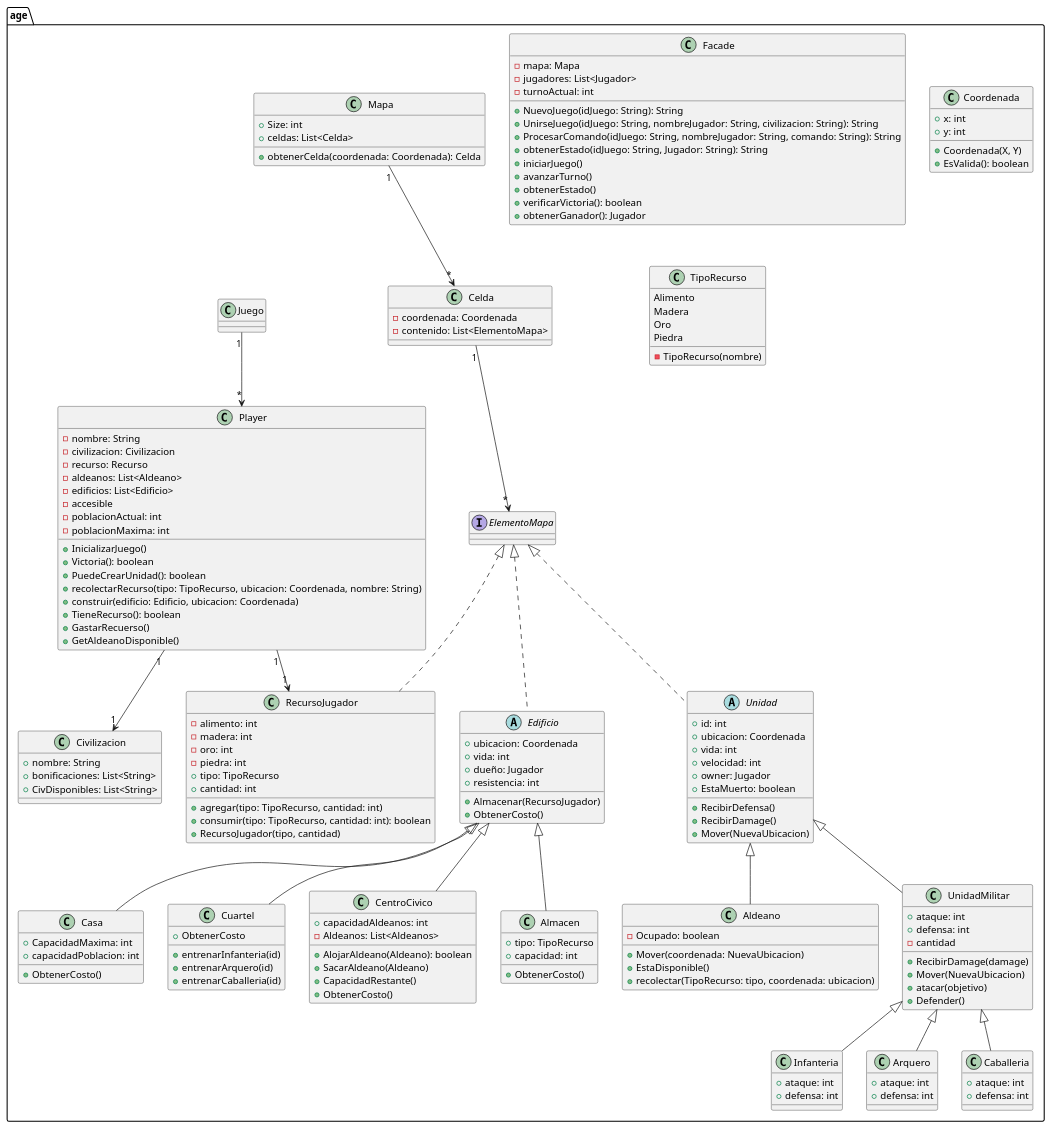
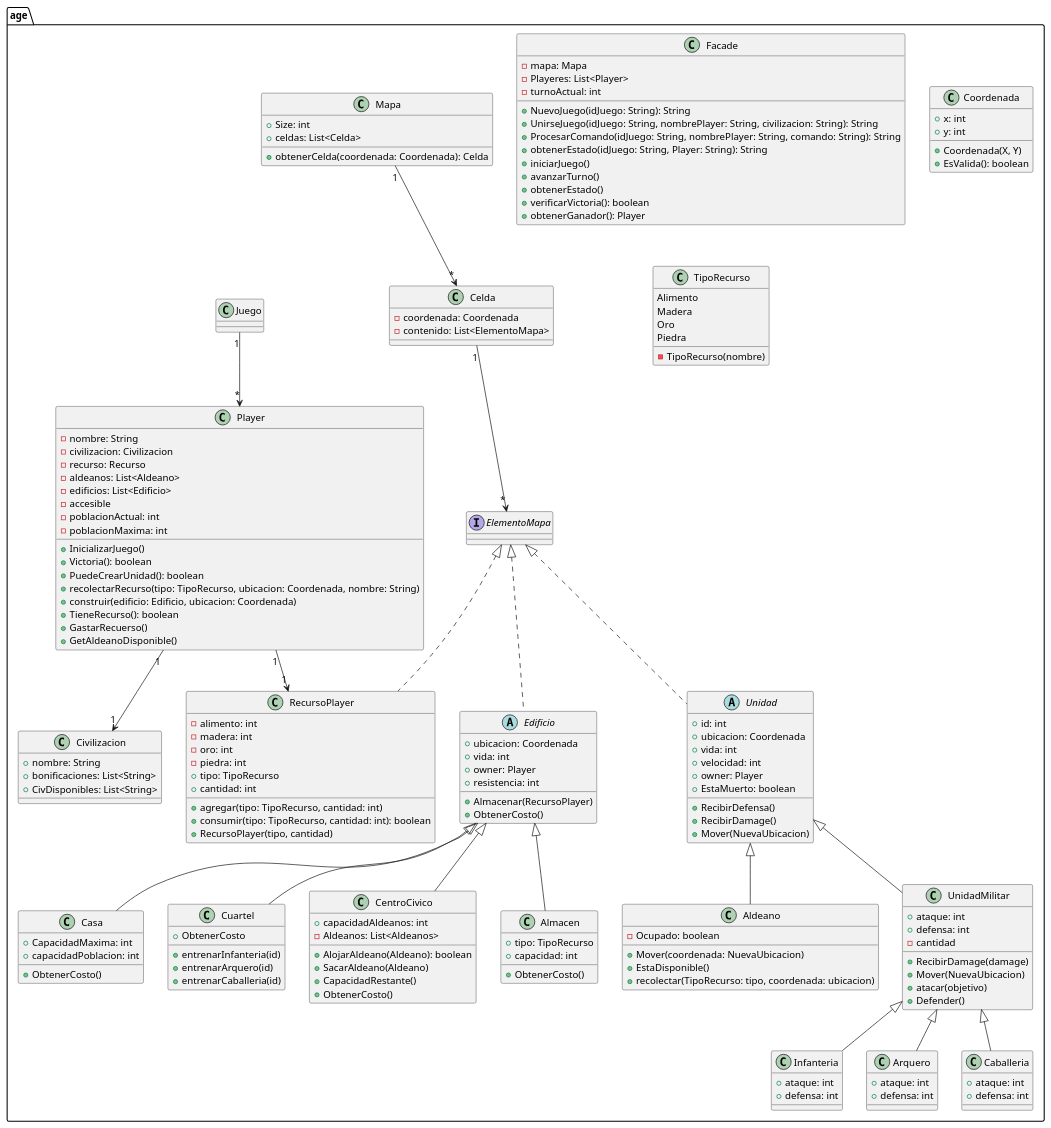
The diagram in src/scratch.puml (mcaetano7/proyectop22025), drawn with PlantUML before and after one commit. The commit also changed 1 other file, not shown here.

```diff
--- a/src/scratch.puml
+++ b/src/scratch.puml
@@ -1,178 +1,178 @@
 @startuml PIIProyecto2025
 
 
 package "age" {
 
     class Facade {
     + NuevoJuego(idJuego: String): String
-    + UnirseJuego(idJuego: String, nombreJugador: String, civilizacion: String): String
-    + ProcesarComando(idJuego: String, nombreJugador: String, comando: String): String
-    + obtenerEstado(idJuego: String, Jugador: String): String
+    + UnirseJuego(idJuego: String, nombrePlayer: String, civilizacion: String): String
+    + ProcesarComando(idJuego: String, nombrePlayer: String, comando: String): String
+    + obtenerEstado(idJuego: String, Player: String): String
     - mapa: Mapa
-    - jugadores: List<Jugador>
+    - Playeres: List<Player>
     - turnoActual: int
     + iniciarJuego()
     + avanzarTurno()
     + obtenerEstado()
     + verificarVictoria(): boolean
-    + obtenerGanador(): Jugador
+    + obtenerGanador(): Player
     }
 
     class Player {
         - nombre: String
         - civilizacion: Civilizacion
         - recurso: Recurso
         - aldeanos: List<Aldeano>
         - edificios: List<Edificio>
         - accesible
         - poblacionActual: int
         - poblacionMaxima: int
         + InicializarJuego()
         + Victoria(): boolean
         + PuedeCrearUnidad(): boolean
         + recolectarRecurso(tipo: TipoRecurso, ubicacion: Coordenada, nombre: String)
         + construir(edificio: Edificio, ubicacion: Coordenada)
         + TieneRecurso(): boolean
         + GastarRecuerso()
         + GetAldeanoDisponible()
     }
 
     class Mapa {
         + Size: int
         + celdas: List<Celda>
         + obtenerCelda(coordenada: Coordenada): Celda
     }
 
     class Celda {
         - coordenada: Coordenada
         - contenido: List<ElementoMapa>
     }
 
     class Coordenada {
         + x: int
         + y: int
         + Coordenada(X, Y)
         + EsValida(): boolean
     }
 
     interface ElementoMapa {
     }
 
     class TipoRecurso {
         Alimento
         Madera
         Oro
         Piedra
         - TipoRecurso(nombre)
     }
 
-    class RecursoJugador implements ElementoMapa {
+    class RecursoPlayer implements ElementoMapa {
         - alimento: int
         - madera: int
         - oro: int
         - piedra: int
         + tipo: TipoRecurso
         + cantidad: int
         + agregar(tipo: TipoRecurso, cantidad: int)
         + consumir(tipo: TipoRecurso, cantidad: int): boolean
-        + RecursoJugador(tipo, cantidad)
+        + RecursoPlayer(tipo, cantidad)
     }
 
     class Civilizacion {
         + nombre: String
         + bonificaciones: List<String>
         + CivDisponibles: List<String>
     }
 
     abstract class Edificio implements ElementoMapa {
         + ubicacion: Coordenada
         + vida: int
-        + dueño: Jugador
+        + owner: Player
         + resistencia: int
-        + Almacenar(RecursoJugador)
+        + Almacenar(RecursoPlayer)
         + ObtenerCosto()
     }
 
     class CentroCivico extends Edificio {
         + capacidadAldeanos: int
         - Aldeanos: List<Aldeanos>
         + AlojarAldeano(Aldeano): boolean
         + SacarAldeano(Aldeano)
         + CapacidadRestante()
         + ObtenerCosto()
     }
 
     class Almacen extends Edificio {
         + tipo: TipoRecurso
         + capacidad: int
         + ObtenerCosto()
     }
 
     class Casa extends Edificio {
         + CapacidadMaxima: int
         + capacidadPoblacion: int
         + ObtenerCosto()
     }
 
     class Cuartel extends Edificio {  
         + entrenarInfanteria(id)
         + entrenarArquero(id)
         + entrenarCaballeria(id)
         + ObtenerCosto 
     }
 
     abstract class Unidad implements ElementoMapa {
         + id: int
         + ubicacion: Coordenada
         + vida: int
         + velocidad: int
-        + owner: Jugador
+        + owner: Player
         + EstaMuerto: boolean
         + RecibirDefensa()
         + RecibirDamage()
         + Mover(NuevaUbicacion)
     }
 
     class Aldeano extends Unidad {
         - Ocupado: boolean
         + Mover(coordenada: NuevaUbicacion)
         + EstaDisponible()
         + recolectar(TipoRecurso: tipo, coordenada: ubicacion)
     }
 
     class UnidadMilitar extends Unidad {
         + ataque: int
         + defensa: int
         - cantidad
         + RecibirDamage(damage)
         + Mover(NuevaUbicacion)
         + atacar(objetivo)
         + Defender()
          
     }
 
     class Infanteria extends UnidadMilitar {
         + ataque: int 
         + defensa: int
     
     }
 
     class Arquero extends UnidadMilitar {
         + ataque: int 
         + defensa: int 
     }
 
     class Caballeria extends UnidadMilitar {
         + ataque: int 
         + defensa: int 
     }
     
     Juego "1" --> "*" Player
     Player "1" --> "1" Civilizacion
-    Player "1" --> "1" RecursoJugador
+    Player "1" --> "1" RecursoPlayer
     Mapa "1" --> "*" Celda
     Celda "1" --> "*" ElementoMapa
 
 }
 
 @enduml
```
